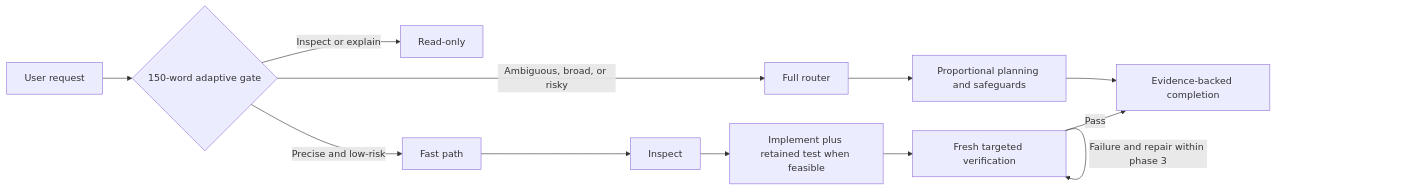
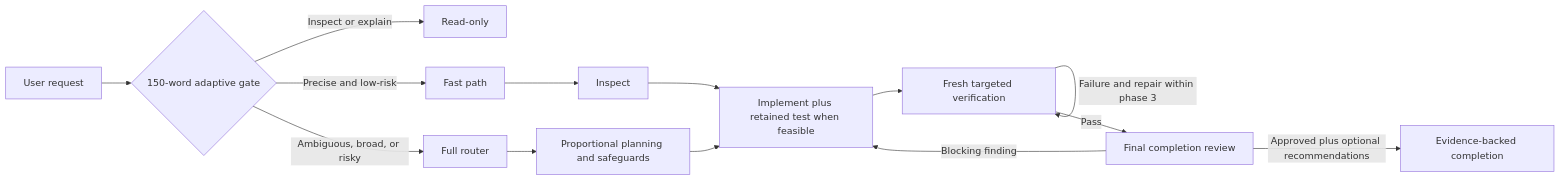
Before and after one commit to aididhaiqal/adaptive-superpowers: the diagram in README.md, drawn with Mermaid. The commit also changed other lines of this file and 16 other files, not shown here.

````diff
--- a/README.md
+++ b/README.md
@@ -19,14 +157,16 @@
 ```mermaid
 flowchart LR
     R[User request] --> G{150-word adaptive gate}
     G -->|Inspect or explain| RO[Read-only]
     G -->|Precise and low-risk| FP[Fast path]
     G -->|Ambiguous, broad, or risky| FR[Full router]
     FP --> I[Inspect]
     I --> C[Implement plus retained test when feasible]
     C --> V[Fresh targeted verification]
     V -->|Failure and repair within phase 3| V
-    V -->|Pass| E[Evidence-backed completion]
+    V -->|Pass| CR[Final completion review]
+    CR -->|Blocking finding| C
+    CR -->|Approved plus optional recommendations| E[Evidence-backed completion]
     FR --> P[Proportional planning and safeguards]
-    P --> E
+    P --> C
 ```
````
